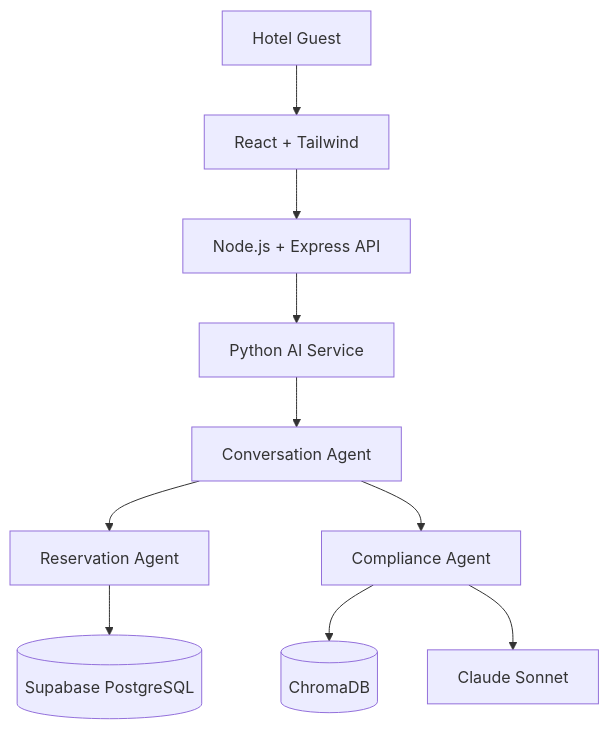
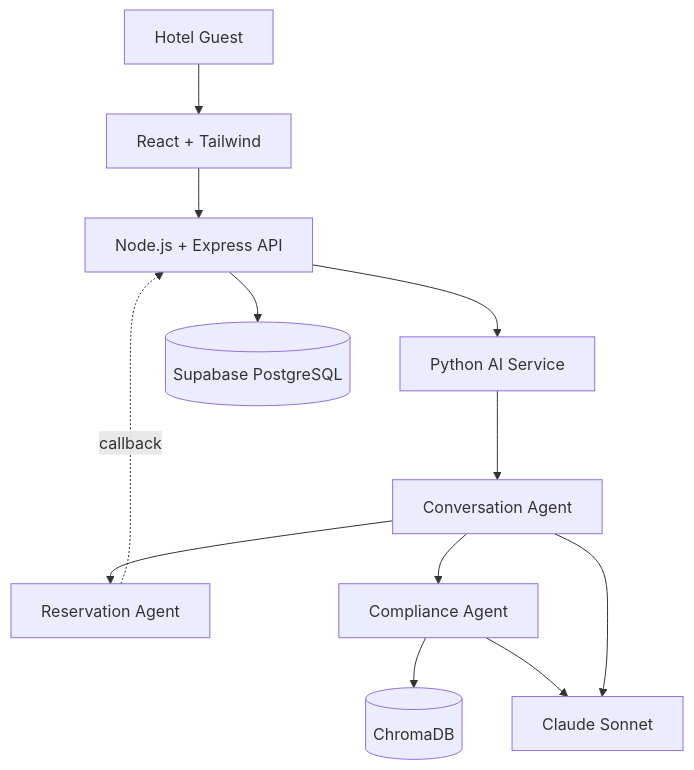
One commit to AmoghPai19/Multi-Agent-AI-Hotel-Support-System changed the diagram in docs/architecture/technology_decisions.md. Above: the diagram before and after it, drawn with Mermaid. The commit also changed other lines of this file and 1 other file, not shown here.

Commit message:
Added project vision, technology decisions, architecture, and workflow specifications

````diff
--- a/docs/architecture/technology_decisions.md
+++ b/docs/architecture/technology_decisions.md
@@ -18,22 +13,14 @@
 ```mermaid
 flowchart TD
-    User[Hotel Guest]
-    React[React + Tailwind]
-    Node[Node.js + Express API]
-    Python[Python AI Service]
-    Conversation[Conversation Agent]
-    Reservation[Reservation Agent]
-    Compliance[Compliance Agent]
-    Supabase[(Supabase PostgreSQL)]
-    Chroma[(ChromaDB)]
-    Claude[Claude Sonnet]
-    User --> React
-    React --> Node
-    Node --> Python
-    Python --> Conversation
-    Conversation --> Reservation
-    Conversation --> Compliance
-    Reservation --> Supabase
-    Compliance --> Chroma
-    Compliance --> Claude
+    User[Hotel Guest] --> React[React + Tailwind]
+    React --> Node[Node.js + Express API]
+    Node --> Python[Python AI Service]
+    Python --> Conversation[Conversation Agent]
+    Conversation --> Reservation[Reservation Agent]
+    Conversation --> Compliance[Compliance Agent]
+    Reservation -.callback.-> Node
+    Node --> Supabase[(Supabase PostgreSQL)]
+    Compliance --> Chroma[(ChromaDB)]
+    Compliance --> Claude[Claude Sonnet]
+    Conversation --> Claude
 ```
````
